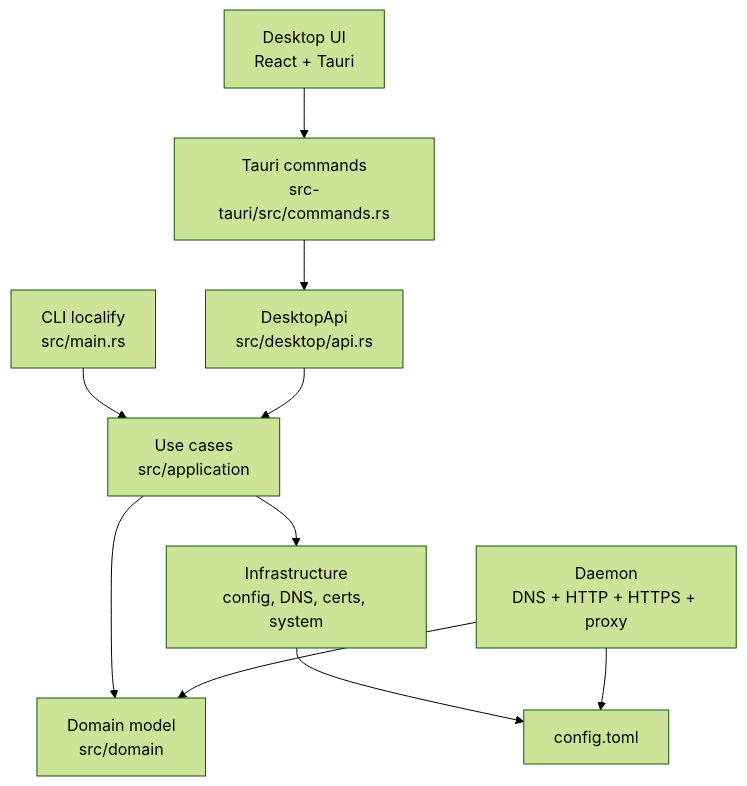
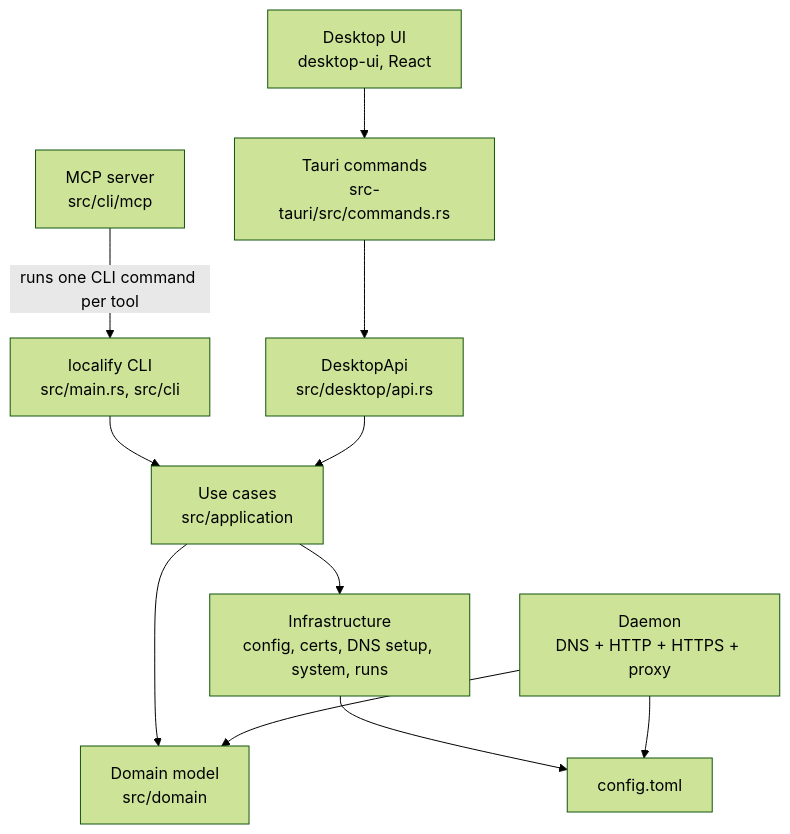
Before and after one commit to Synapsr/Localify: the second of 7 diagrams in docs/localify-technical-overview.md, drawn with Mermaid (forest theme). The commit also changed other lines of this file and 5 other files, not shown here.

````diff
--- a/docs/localify-technical-overview.md
+++ b/docs/localify-technical-overview.md
@@ -36,20 +43,22 @@
 ```mermaid
 flowchart TB
-  CLI["CLI localify<br/>src/main.rs"]
-  Desktop["Desktop UI<br/>React + Tauri"]
+  CLI["localify CLI<br/>src/main.rs, src/cli"]
+  Mcp["MCP server<br/>src/cli/mcp"]
+  Desktop["Desktop UI<br/>desktop-ui, React"]
   Tauri["Tauri commands<br/>src-tauri/src/commands.rs"]
   DesktopApi["DesktopApi<br/>src/desktop/api.rs"]
   UseCases["Use cases<br/>src/application"]
   Domain["Domain model<br/>src/domain"]
-  Infra["Infrastructure<br/>config, DNS, certs, system"]
+  Infra["Infrastructure<br/>config, certs, DNS setup, system, runs"]
   Config["config.toml"]
   Daemon["Daemon<br/>DNS + HTTP + HTTPS + proxy"]
 
+  Mcp -->|"runs one CLI command per tool"| CLI
   CLI --> UseCases
   Desktop --> Tauri --> DesktopApi --> UseCases
   UseCases --> Domain
   UseCases --> Infra
   Infra --> Config
   Daemon --> Config
   Daemon --> Domain
 ```
````
